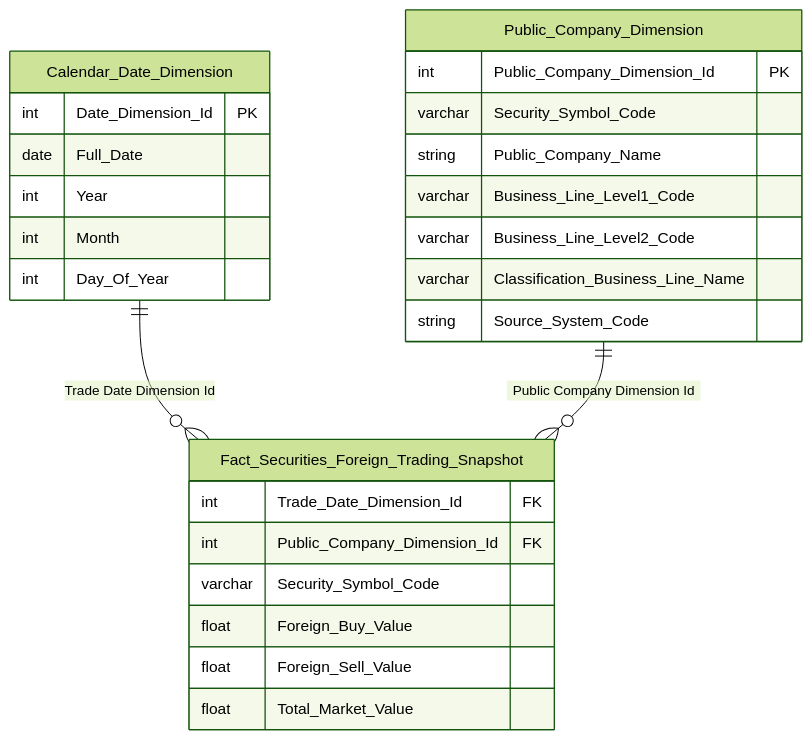
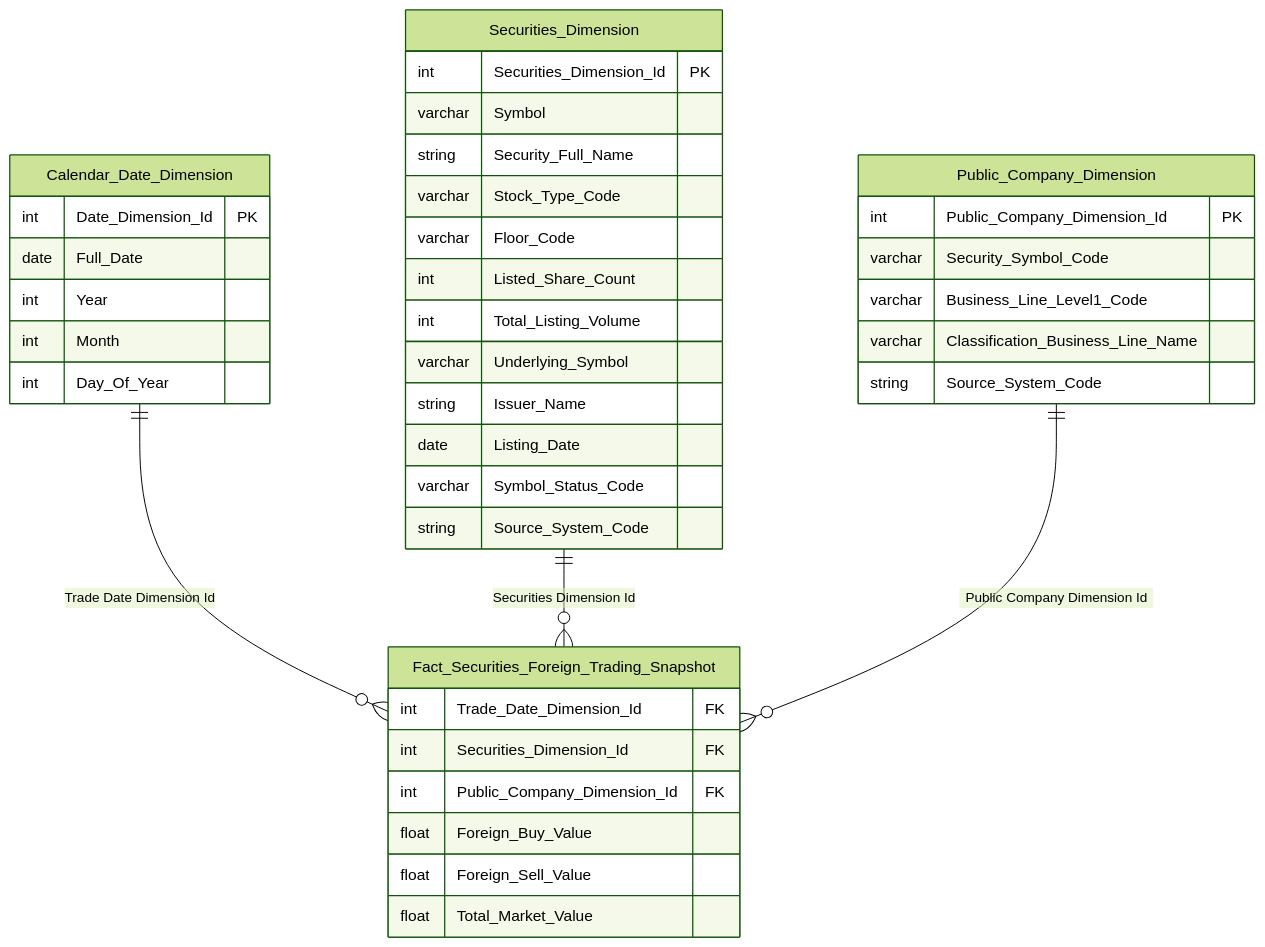
The tenth of 26 diagrams in Datamart/hld/DTM_NDTNN_HLD.md (linhlvit/ubck_atomic_design), drawn with Mermaid (forest theme) before and after one commit. The commit also changed other lines of this file and 62 other files, not shown here.

````diff
--- a/Datamart/hld/DTM_NDTNN_HLD.md
+++ b/Datamart/hld/DTM_NDTNN_HLD.md
@@ -416,30 +447,43 @@
 ```mermaid
 erDiagram
     Calendar_Date_Dimension {
         int Date_Dimension_Id PK
         date Full_Date
         int Year
         int Month
         int Day_Of_Year
     }
+    Securities_Dimension {
+        int Securities_Dimension_Id PK
+        varchar Symbol
+        string Security_Full_Name
+        varchar Stock_Type_Code
+        varchar Floor_Code
+        int Listed_Share_Count
+        int Total_Listing_Volume
+        varchar Underlying_Symbol
+        string Issuer_Name
+        date Listing_Date
+        varchar Symbol_Status_Code
+        string Source_System_Code
+    }
     Public_Company_Dimension {
         int Public_Company_Dimension_Id PK
         varchar Security_Symbol_Code
-        string Public_Company_Name
         varchar Business_Line_Level1_Code
-        varchar Business_Line_Level2_Code
         varchar Classification_Business_Line_Name
         string Source_System_Code
     }
     Fact_Securities_Foreign_Trading_Snapshot {
         int Trade_Date_Dimension_Id FK
+        int Securities_Dimension_Id FK
         int Public_Company_Dimension_Id FK
-        varchar Security_Symbol_Code
         float Foreign_Buy_Value
         float Foreign_Sell_Value
         float Total_Market_Value
     }
 
     Calendar_Date_Dimension ||--o{ Fact_Securities_Foreign_Trading_Snapshot : "Trade Date Dimension Id"
+    Securities_Dimension ||--o{ Fact_Securities_Foreign_Trading_Snapshot : "Securities Dimension Id"
     Public_Company_Dimension ||--o{ Fact_Securities_Foreign_Trading_Snapshot : "Public Company Dimension Id"
 ```
````
